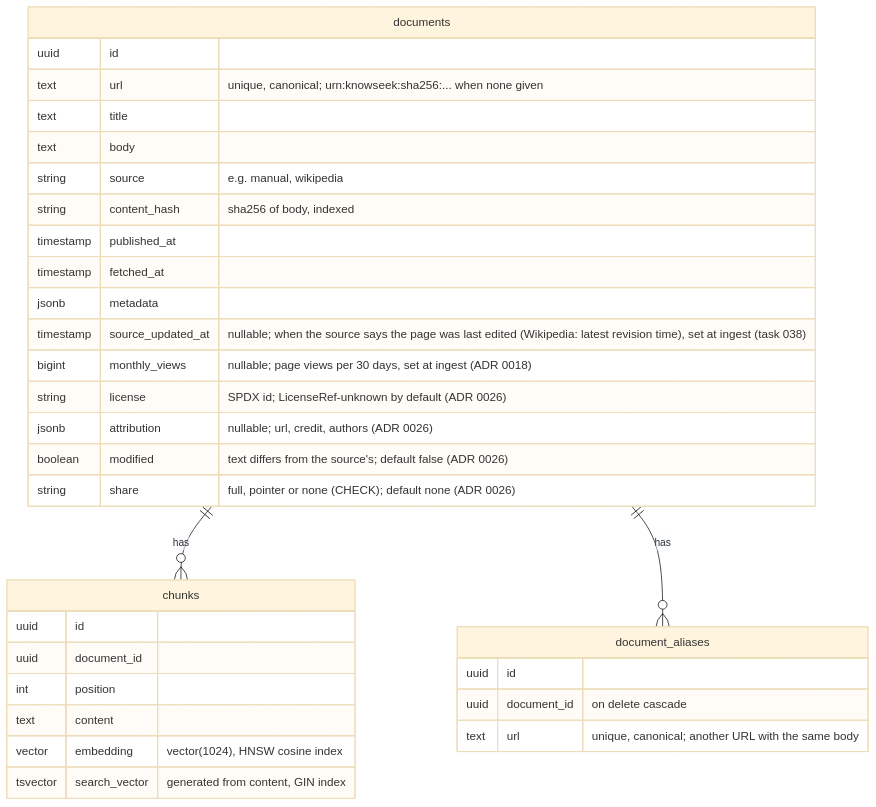
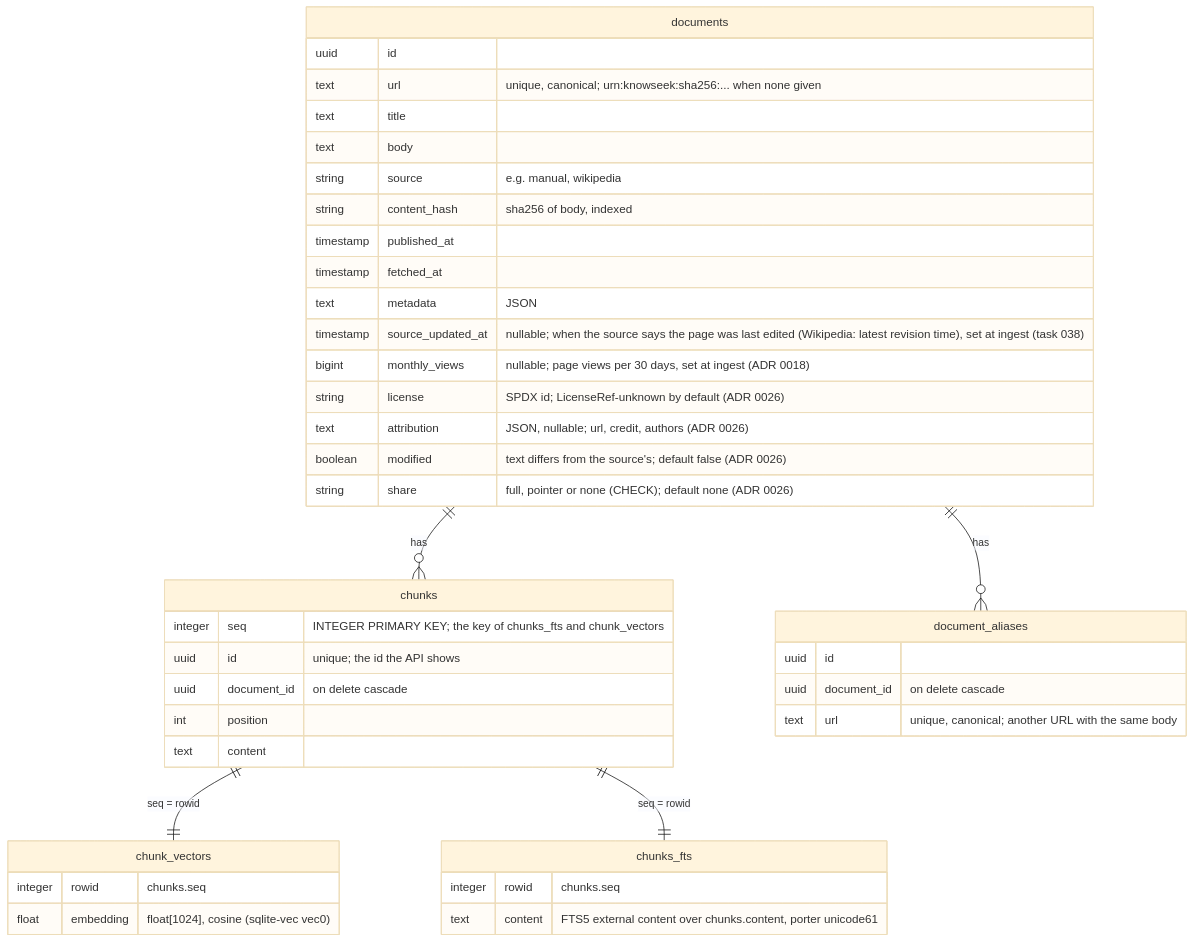
One commit to williamge/knowseek changed the second of 2 diagrams in docs/ARCHITECTURE.md. Above: the diagram before and after it, drawn with Mermaid (base theme). The commit also changed other lines of this file and 66 other files, not shown here.

First line of the commit message:
Switch the database from Postgres to SQLite (#80, ADR 0030) (#97)

````diff
--- a/docs/ARCHITECTURE.md
+++ b/docs/ARCHITECTURE.md
@@ -57,35 +58,44 @@
 ```mermaid
 erDiagram
     documents ||--o{ chunks : has
     documents ||--o{ document_aliases : has
     documents {
         uuid id
         text url "unique, canonical; urn:knowseek:sha256:... when none given"
         text title
         text body
         string source "e.g. manual, wikipedia"
         string content_hash "sha256 of body, indexed"
         timestamp published_at
         timestamp fetched_at
-        jsonb metadata
+        text metadata "JSON"
         timestamp source_updated_at "nullable; when the source says the page was last edited (Wikipedia: latest revision time), set at ingest (task 038)"
         bigint monthly_views "nullable; page views per 30 days, set at ingest (ADR 0018)"
         string license "SPDX id; LicenseRef-unknown by default (ADR 0026)"
-        jsonb attribution "nullable; url, credit, authors (ADR 0026)"
+        text attribution "JSON, nullable; url, credit, authors (ADR 0026)"
         boolean modified "text differs from the source's; default false (ADR 0026)"
         string share "full, pointer or none (CHECK); default none (ADR 0026)"
     }
     document_aliases {
         uuid id
         uuid document_id "on delete cascade"
         text url "unique, canonical; another URL with the same body"
     }
     chunks {
-        uuid id
-        uuid document_id
+        integer seq "INTEGER PRIMARY KEY; the key of chunks_fts and chunk_vectors"
+        uuid id "unique; the id the API shows"
+        uuid document_id "on delete cascade"
         int position
         text content
-        vector embedding "vector(1024), HNSW cosine index"
-        tsvector search_vector "generated from content, GIN index"
+    }
+    chunks ||--|| chunk_vectors : "seq = rowid"
+    chunks ||--|| chunks_fts : "seq = rowid"
+    chunk_vectors {
+        integer rowid "chunks.seq"
+        float embedding "float[1024], cosine (sqlite-vec vec0)"
+    }
+    chunks_fts {
+        integer rowid "chunks.seq"
+        text content "FTS5 external content over chunks.content, porter unicode61"
     }
 ```
````
